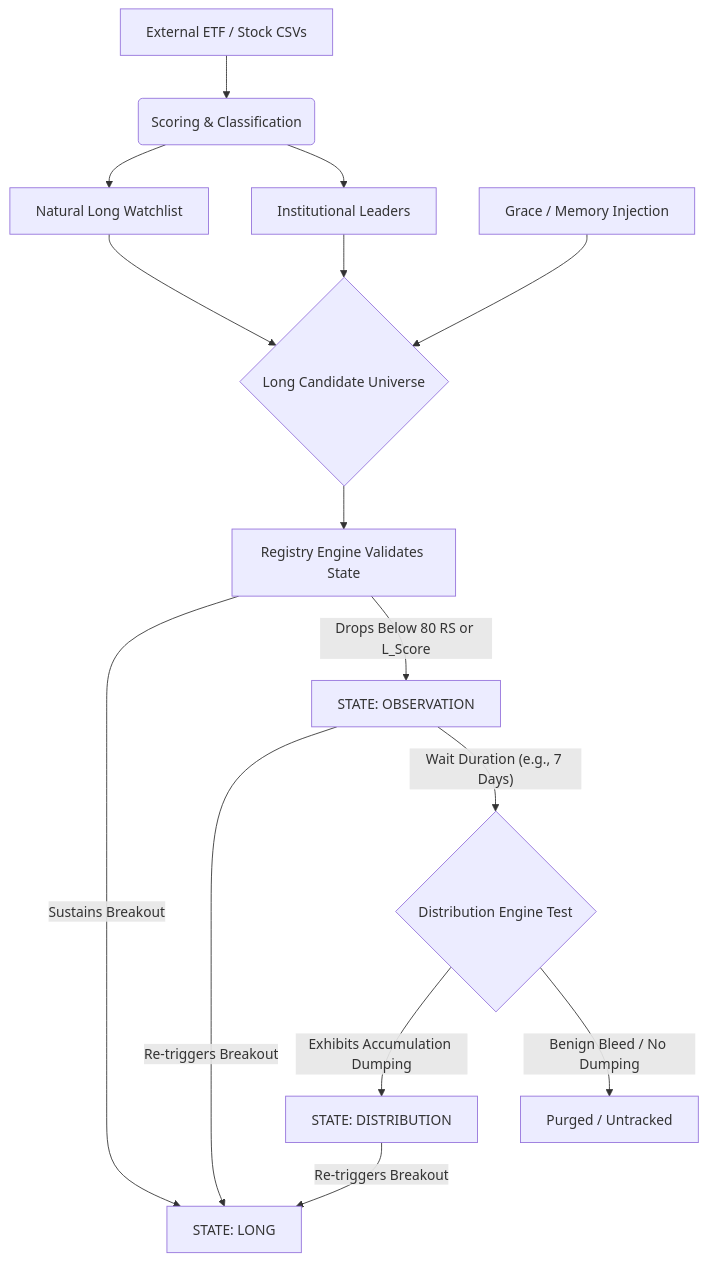
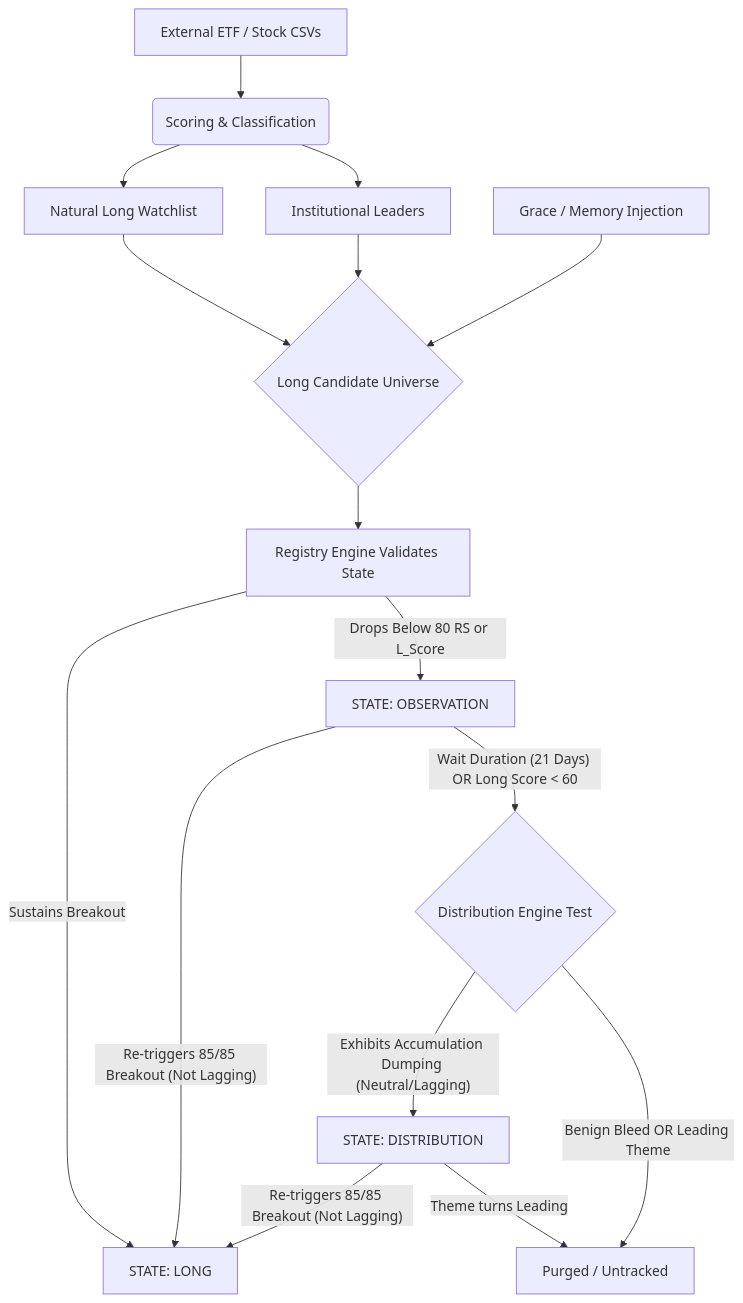
The diagram in docs/STOCK_LIFECYCLE.md (parimalrane/TABELA), drawn with Mermaid before and after one commit. The commit also changed other lines of this file and 3 other files, not shown here.

````diff
--- a/docs/STOCK_LIFECYCLE.md
+++ b/docs/STOCK_LIFECYCLE.md
@@ -7,26 +7,27 @@
 ```mermaid
 graph TD
     %% Base Data
     Universe[External ETF / Stock CSVs] --> scoring(Scoring & Classification)
     
     %% Engine Pipeline
     scoring --> LC_Natural[Natural Long Watchlist]
     scoring --> LC_Instit[Institutional Leaders]
 
     %% Long Candidates Pool
     LC_Natural --> LC_Pool{Long Candidate Universe}
     LC_Instit --> LC_Pool
     Grace[Grace / Memory Injection] --> LC_Pool
     
     %% Registry Evaluation
     LC_Pool --> RE_Valid[Registry Engine Validates State]
     
     %% State Machine Transitions
     RE_Valid -- Sustains Breakout --> State_Long[STATE: LONG]
     RE_Valid -- Drops Below 80 RS or L_Score --> State_Obs[STATE: OBSERVATION]
-    State_Obs -- Re-triggers Breakout --> State_Long
-    State_Obs -- "Wait Duration (e.g., 7 Days)" --> RE_D_Test{Distribution Engine Test}
-    RE_D_Test -- Exhibits Accumulation Dumping --> State_Dist[STATE: DISTRIBUTION]
-    RE_D_Test -- Benign Bleed / No Dumping --> Purge[Purged / Untracked]
-    State_Dist -- Re-triggers Breakout --> State_Long
+    State_Obs -- Re-triggers 85/85 Breakout (Not Lagging) --> State_Long
+    State_Obs -- "Wait Duration (21 Days) OR Long Score < 60" --> RE_D_Test{Distribution Engine Test}
+    RE_D_Test -- Exhibits Accumulation Dumping (Neutral/Lagging) --> State_Dist[STATE: DISTRIBUTION]
+    RE_D_Test -- Benign Bleed OR Leading Theme --> Purge[Purged / Untracked]
+    State_Dist -- Re-triggers 85/85 Breakout (Not Lagging) --> State_Long
+    State_Dist -- Theme turns Leading --> Purge
 ```
````
